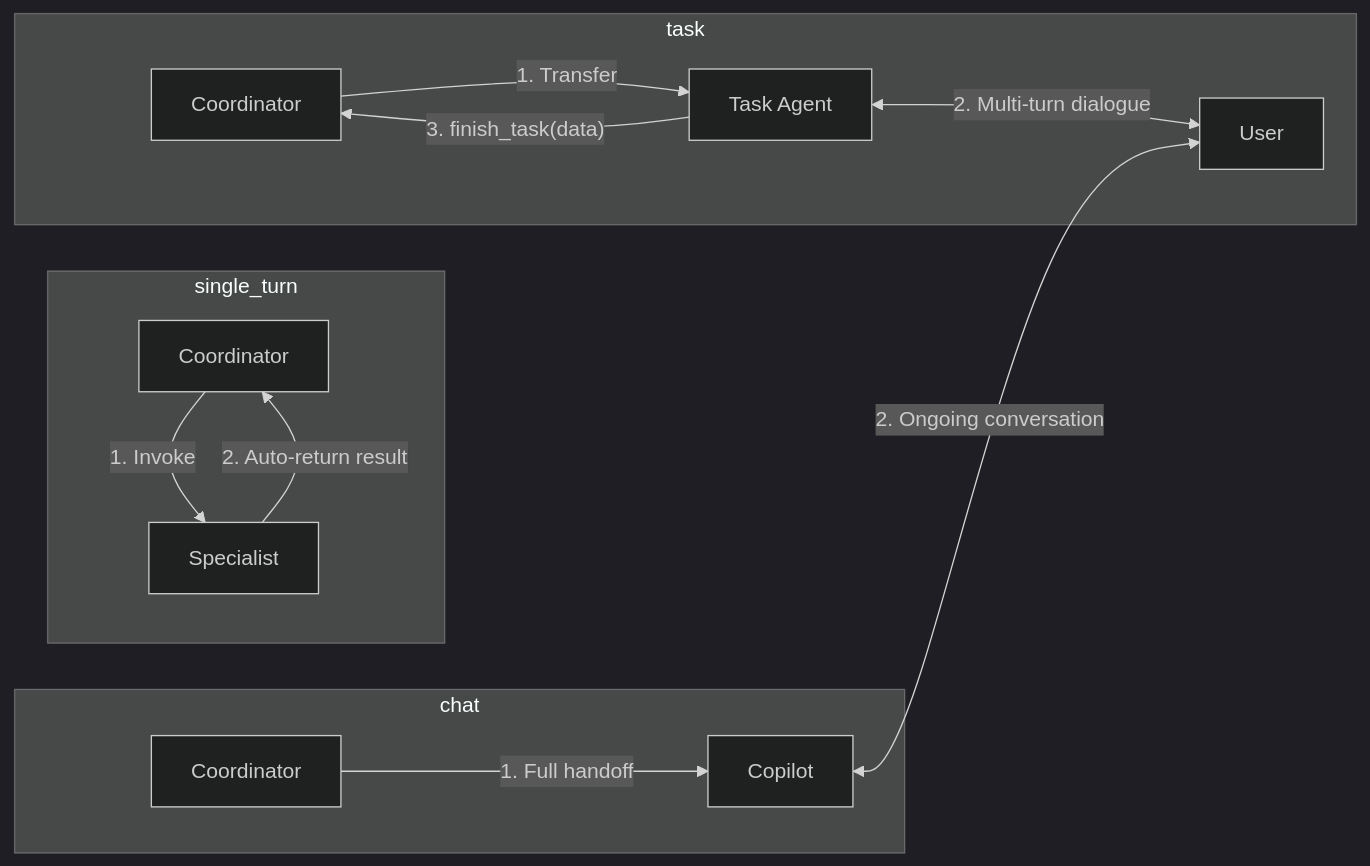
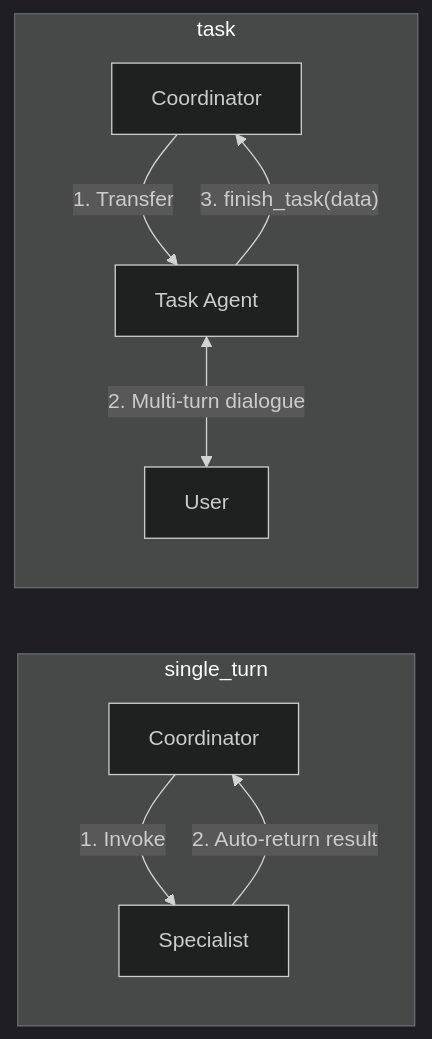
One commit to rominirani/adk-workflow-patterns changed the third of 4 diagrams in collaborative-workflows/README.md. Above: the diagram before and after it, drawn with Mermaid (dark theme). The commit also changed other lines of this file, not shown here.

````diff
--- a/collaborative-workflows/README.md
+++ b/collaborative-workflows/README.md
@@ -103,16 +122,12 @@
 ```mermaid
 graph LR
     subgraph ST["single_turn"]
         C1["Coordinator"] -->|"1. Invoke"| A1["Specialist"]
         A1 -->|"2. Auto-return result"| C1
     end
     subgraph TM["task"]
         C2["Coordinator"] -->|"1. Transfer"| A2["Task Agent"]
         A2 <-->|"2. Multi-turn dialogue"| U["User"]
         A2 -->|"3. finish_task(data)"| C2
     end
-    subgraph CH["chat"]
-        C3["Coordinator"] -->|"1. Full handoff"| A3["Copilot"]
-        A3 <-->|"2. Ongoing conversation"| U
-    end
 ```
````
